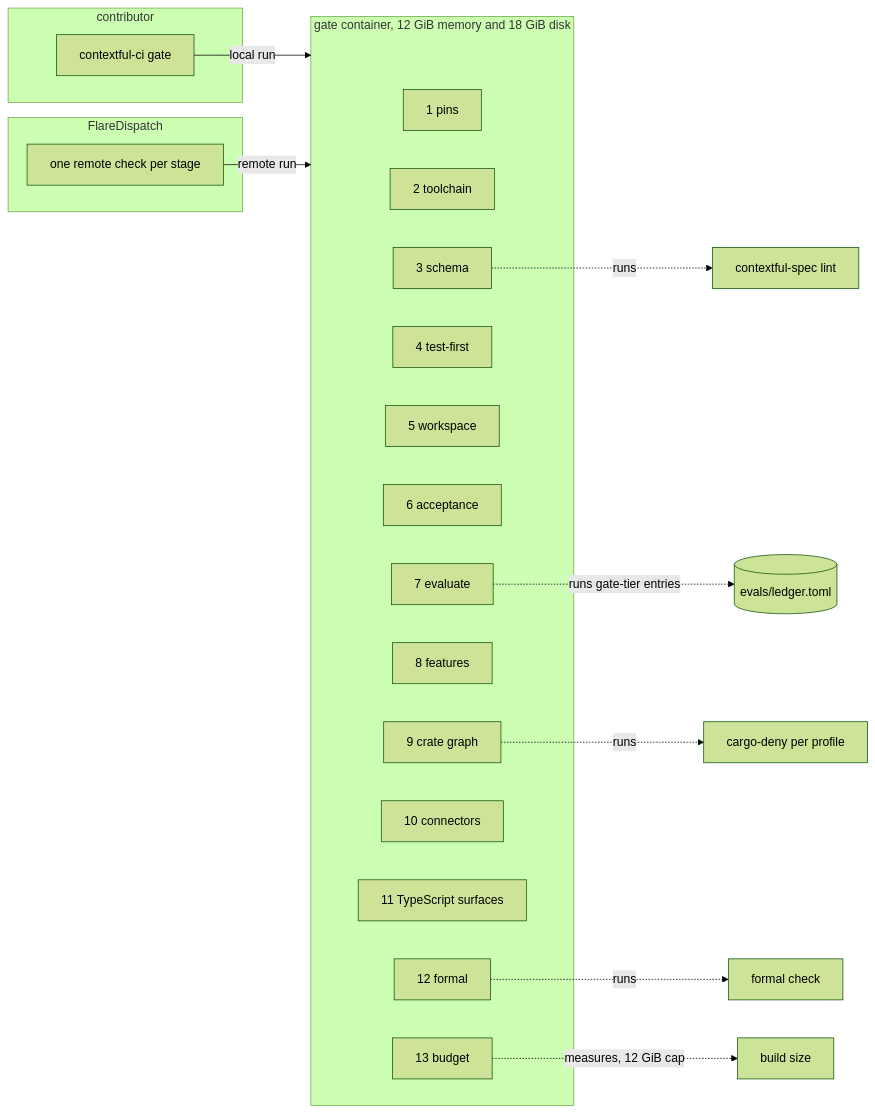
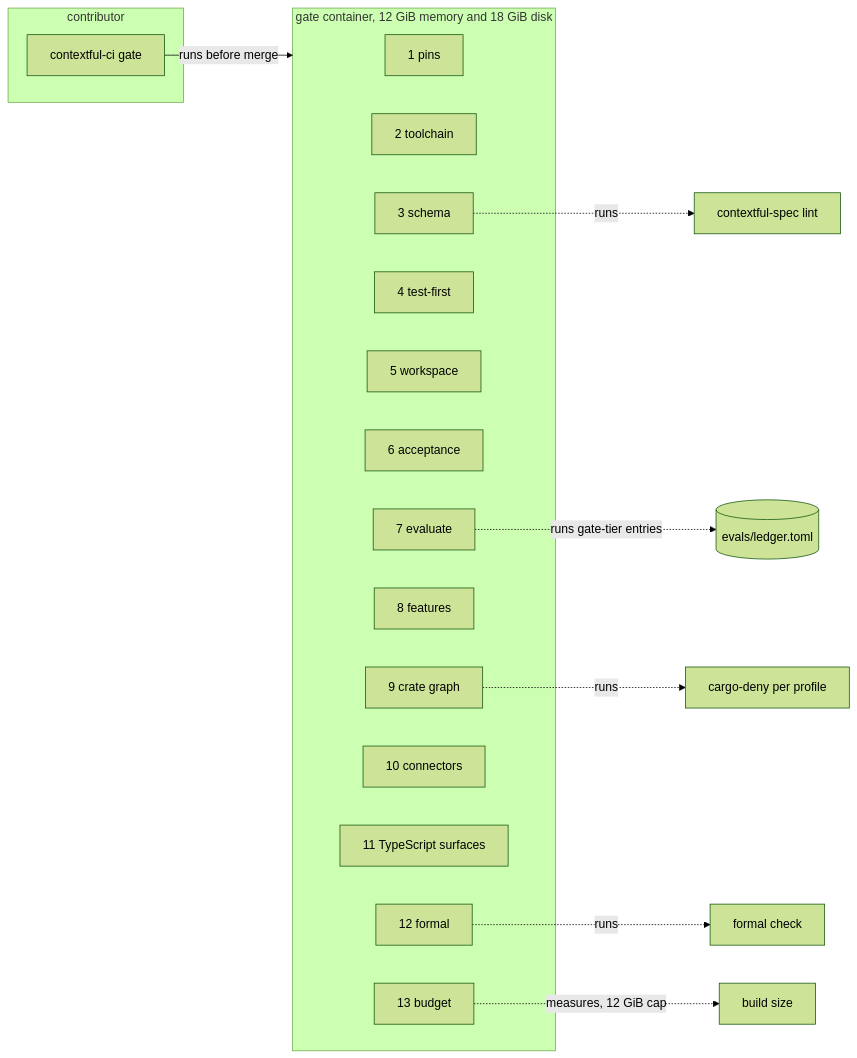
One commit to fractalboxdev/contextful changed the third of 4 diagrams in spec/81-engineering.md. Above: the diagram before and after it, drawn with Mermaid (forest theme). The commit also changed other lines of this file and 21 other files, not shown here.

````diff
--- a/spec/81-engineering.md
+++ b/spec/81-engineering.md
@@ -311,31 +299,27 @@
 ```mermaid
 flowchart LR
   subgraph contributor["contributor"]
     LOCAL["contextful-ci gate"]
   end
-  subgraph forge["FlareDispatch"]
-    WF["one remote check per stage"]
-  end
-  LOCAL -->|"local run"| C
-  WF -->|"remote run"| C
+  LOCAL -->|"runs before merge"| C
   subgraph C["gate container, 12 GiB memory and 18 GiB disk"]
     S1["1 pins"]
     S2["2 toolchain"]
     S3["3 schema"]
     S4["4 test-first"]
     S5["5 workspace"]
     S6["6 acceptance"]
     S7["7 evaluate"]
     S8["8 features"]
     S9["9 crate graph"]
     S10["10 connectors"]
     S11["11 TypeScript surfaces"]
     S12["12 formal"]
     S13["13 budget"]
   end
   S3 -.->|"runs"| LINT["contextful-spec lint"]
   S7 -.->|"runs gate-tier entries"| LEDGER[("evals/ledger.toml")]
   S9 -.->|"runs"| DENY["cargo-deny per profile"]
   S12 -.->|"runs"| FORM["formal check"]
   S13 -.->|"measures, 12 GiB cap"| SIZE["build size"]
 ```
````
